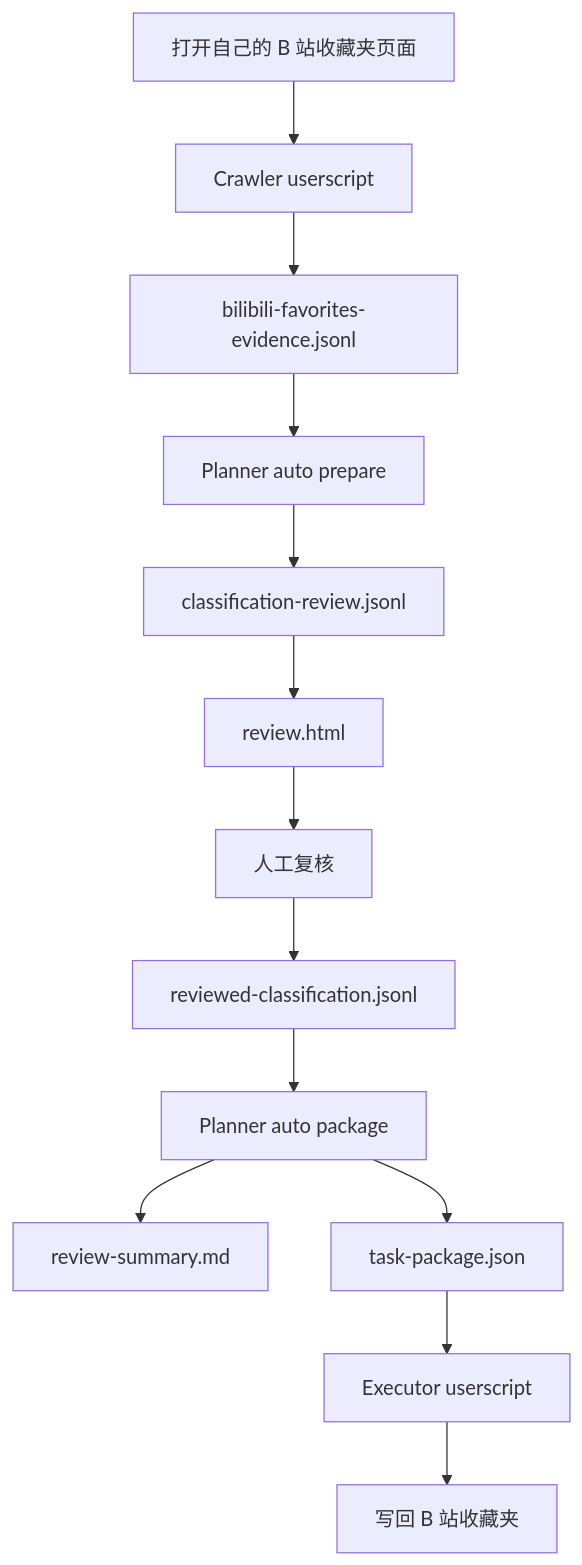
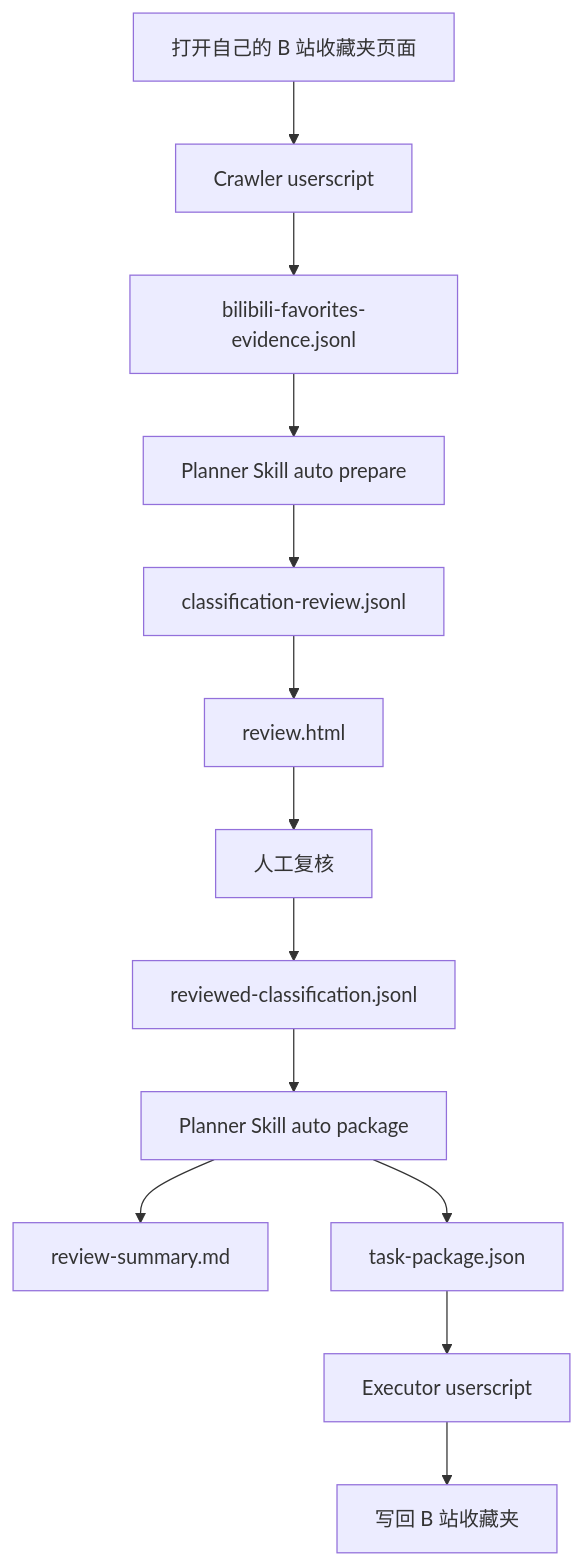
One commit to nj-zhangrui-arvin/bilibili-favorites-planner changed the first of 2 diagrams in docs/workflow.md. Above: the diagram before and after it, drawn with Mermaid. The commit also changed 19 other files, not shown here.

First line of the commit message:
Publish planner as an installable Codex skill

````diff
--- a/docs/workflow.md
+++ b/docs/workflow.md
@@ -5,15 +5,15 @@
 ```mermaid
 flowchart TD
   A["打开自己的 B 站收藏夹页面"] --> B["Crawler userscript"]
   B --> C["bilibili-favorites-evidence.jsonl"]
-  C --> D["Planner auto prepare"]
+  C --> D["Planner Skill auto prepare"]
   D --> E["classification-review.jsonl"]
   E --> F["review.html"]
   F --> G["人工复核"]
   G --> H["reviewed-classification.jsonl"]
-  H --> I["Planner auto package"]
+  H --> I["Planner Skill auto package"]
   I --> J["review-summary.md"]
   I --> K["task-package.json"]
   K --> L["Executor userscript"]
   L --> M["写回 B 站收藏夹"]
 ```
````
